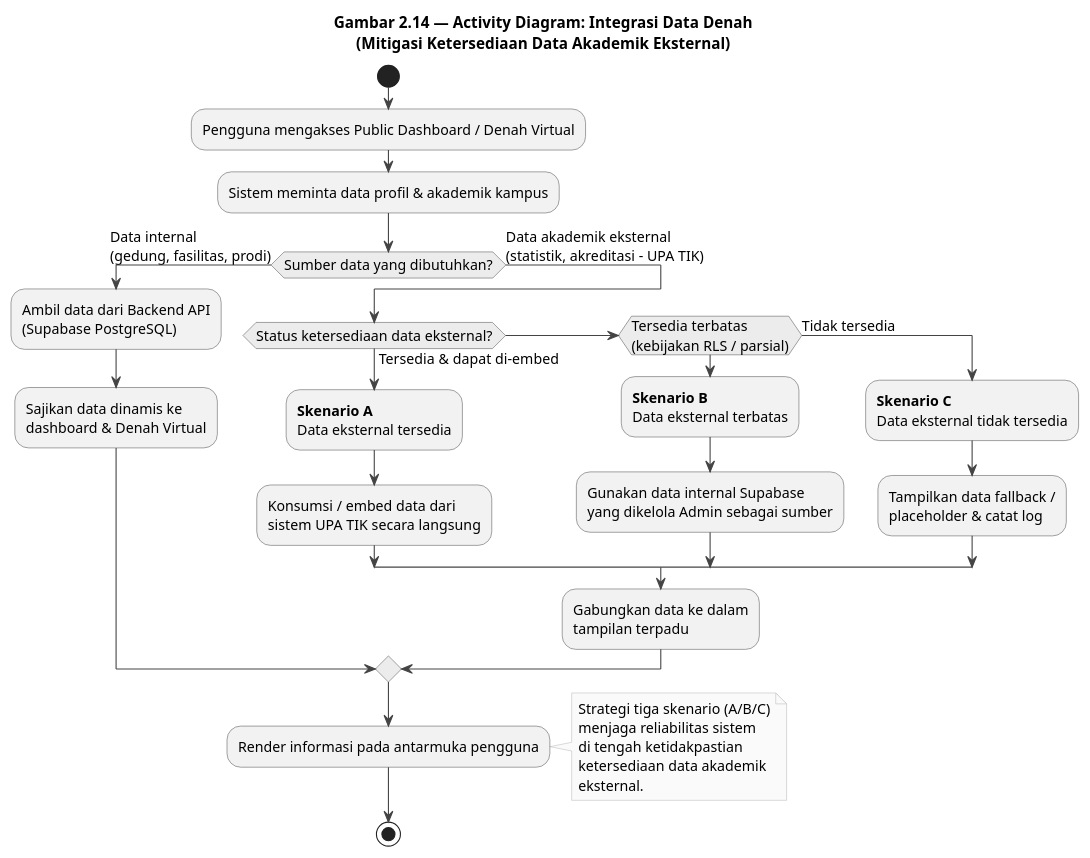
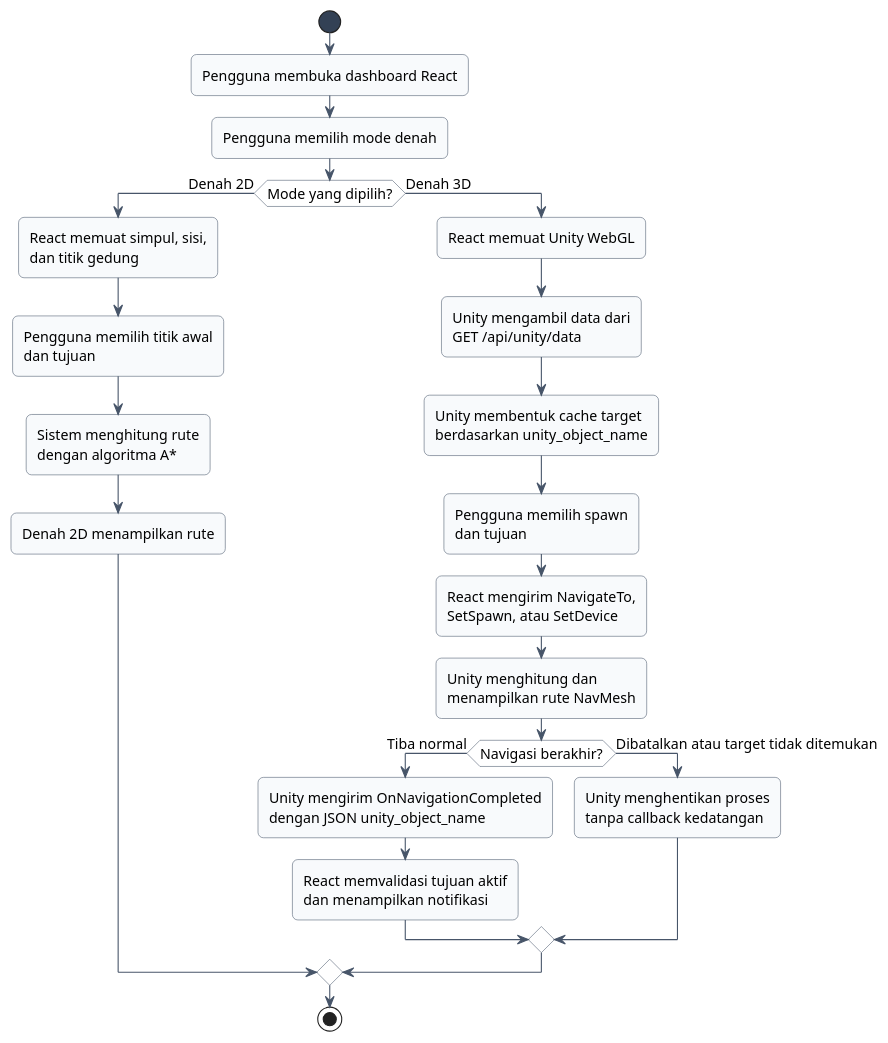
Before and after one commit to Jokskuyy/workflow-ta-proyek: the diagram in diagrams/gambar-2.14-activity-integrasi-data-denah.puml, drawn with PlantUML. The commit also changed 76 other files, not shown here.

Commit message:
feat(report): finalisasi UML dan tipografi laporan Faiz

```diff
--- a/diagrams/gambar-2.14-activity-integrasi-data-denah.puml
+++ b/diagrams/gambar-2.14-activity-integrasi-data-denah.puml
@@ -1,55 +1,41 @@
-@startuml gambar-2-14-activity-integrasi-data-denah
-' Gambar 2.14 - Activity Diagram: Integrasi Data Denah
-' Logika mitigasi ketersediaan data akademik eksternal (Skenario A, B, C)
-' Sumber: BAB II - 2.1.3 & 2.3.3 Activity Diagram
-' CATATAN: Label cabang Skenario A/B/C disesuaikan dengan narasi laporan.
-
-skinparam backgroundColor #FFFFFF
+@startuml
+skinparam defaultFontName "Times New Roman"
+skinparam defaultFontSize 13
 skinparam shadowing false
-skinparam defaultFontName "Segoe UI"
-skinparam defaultFontSize 13
-skinparam ArrowColor #444444
-skinparam ActivityBorderColor #555555
-skinparam ActivityBackgroundColor #F2F2F2
-skinparam ActivityDiamondBackgroundColor #ECECEC
-skinparam ActivityDiamondBorderColor #555555
-skinparam NoteBackgroundColor #FAFAFA
-skinparam NoteBorderColor #BBBBBB
-
-title Gambar 2.14 — Activity Diagram: Integrasi Data Denah\n(Mitigasi Ketersediaan Data Akademik Eksternal)
+skinparam roundcorner 10
+skinparam ArrowColor #475569
+skinparam activity {
+  FontName "Times New Roman"
+  FontStyle plain
+  BackgroundColor #F8FAFC
+  BorderColor #475569
+  DiamondBackgroundColor #FFFFFF
+  DiamondBorderColor #475569
+  StartColor #334155
+  EndColor #334155
+}
 
 start
-:Pengguna mengakses Public Dashboard / Denah Virtual;
-:Sistem meminta data profil & akademik kampus;
-
-if (Sumber data yang dibutuhkan?) then (Data internal\n(gedung, fasilitas, prodi))
-  :Ambil data dari Backend API\n(Supabase PostgreSQL);
-  :Sajikan data dinamis ke\ndashboard & Denah Virtual;
-else (Data akademik eksternal\n(statistik, akreditasi - UPA TIK))
-
-  if (Status ketersediaan data eksternal?) then (Tersedia & dapat di-embed)
-    :**Skenario A**\nData eksternal tersedia;
-    :Konsumsi / embed data dari\nsistem UPA TIK secara langsung;
-  elseif (Tersedia terbatas\n(kebijakan RLS / parsial)) then
-    :**Skenario B**\nData eksternal terbatas;
-    :Gunakan data internal Supabase\nyang dikelola Admin sebagai sumber;
-  else (Tidak tersedia)
-    :**Skenario C**\nData eksternal tidak tersedia;
-    :Tampilkan data fallback /\nplaceholder & catat log;
+:Pengguna membuka dashboard React;
+:Pengguna memilih mode denah;
+if (Mode yang dipilih?) then (Denah 2D)
+  :React memuat simpul, sisi,\ndan titik gedung;
+  :Pengguna memilih titik awal\ndan tujuan;
+  :Sistem menghitung rute\ndengan algoritma A*;
+  :Denah 2D menampilkan rute;
+else (Denah 3D)
+  :React memuat Unity WebGL;
+  :Unity mengambil data dari\nGET /api/unity/data;
+  :Unity membentuk cache target\nberdasarkan unity_object_name;
+  :Pengguna memilih spawn\ndan tujuan;
+  :React mengirim NavigateTo,\nSetSpawn, atau SetDevice;
+  :Unity menghitung dan\nmenampilkan rute NavMesh;
+  if (Navigasi berakhir?) then (Tiba normal)
+    :Unity mengirim OnNavigationCompleted\ndengan JSON unity_object_name;
+    :React memvalidasi tujuan aktif\ndan menampilkan notifikasi;
+  else (Dibatalkan atau target tidak ditemukan)
+    :Unity menghentikan proses\ntanpa callback kedatangan;
   endif
-
-  :Gabungkan data ke dalam\ntampilan terpadu;
 endif
-
-:Render informasi pada antarmuka pengguna;
-note right
-  Strategi tiga skenario (A/B/C)
-  menjaga reliabilitas sistem
-  di tengah ketidakpastian
-  ketersediaan data akademik
-  eksternal.
-end note
-
 stop
-
 @enduml
```
